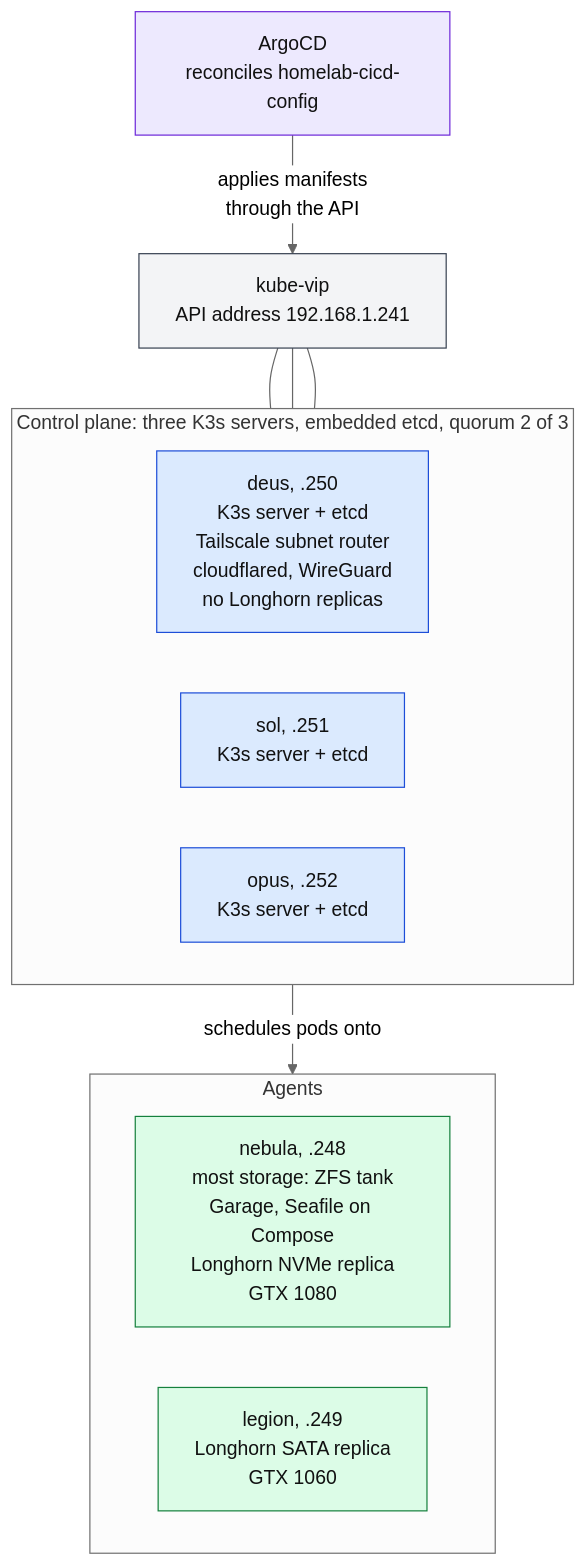
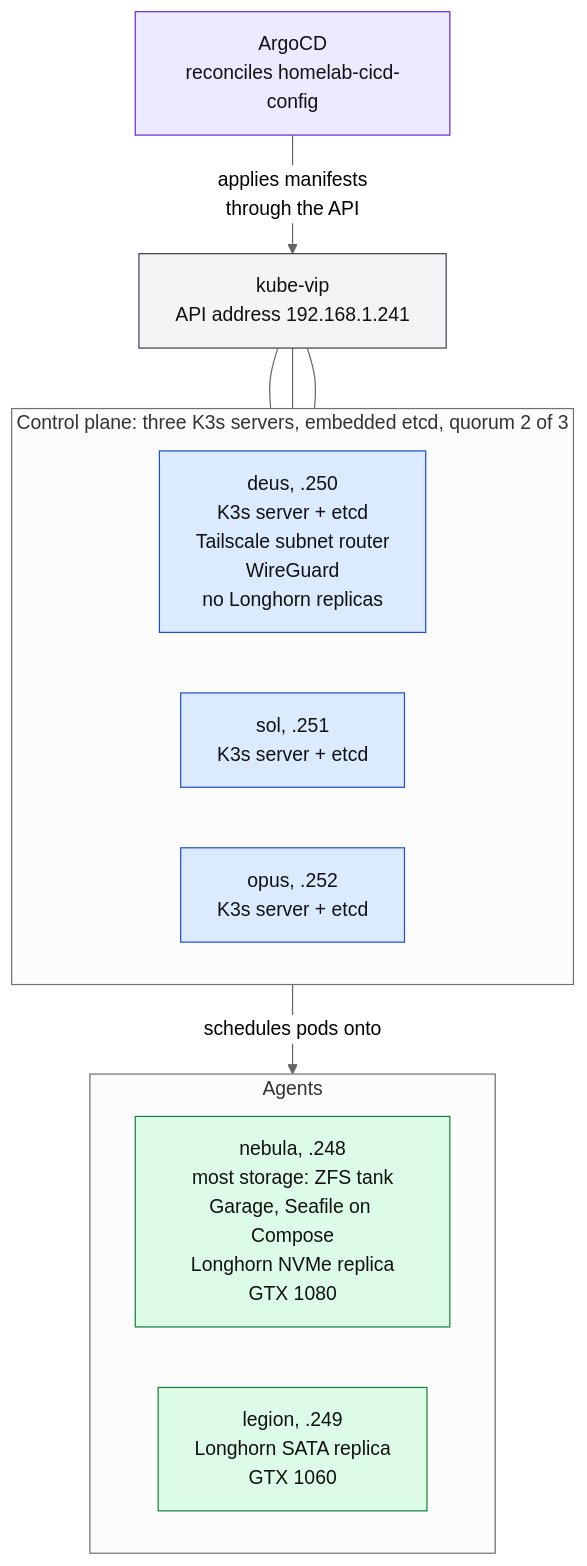
The second of 5 diagrams in docs/system-architecture/home-cluster.md (home-compute-cluster/docs), drawn with Mermaid (neutral theme) before and after one commit. The commit also changed other lines of this file and 1 other file, not shown here.

First line of the commit message:
Move cloudflared into the K3s deployment

````diff
--- a/docs/system-architecture/home-cluster.md
+++ b/docs/system-architecture/home-cluster.md
@@ -143,35 +147,35 @@
 ```mermaid
 flowchart TB
     subgraph cp["Control plane: three K3s servers, embedded etcd, quorum 2 of 3"]
         direction LR
-        deus["deus, .250<br/>K3s server + etcd<br/>Tailscale subnet router<br/>cloudflared, WireGuard<br/>no Longhorn replicas"]
+        deus["deus, .250<br/>K3s server + etcd<br/>Tailscale subnet router<br/>WireGuard<br/>no Longhorn replicas"]
         sol["sol, .251<br/>K3s server + etcd"]
         opus["opus, .252<br/>K3s server + etcd"]
     end
 
     vip["kube-vip<br/>API address 192.168.1.241"]
 
     subgraph agents["Agents"]
         direction LR
         nebula["nebula, .248<br/>most storage: ZFS tank<br/>Garage, Seafile on Compose<br/>Longhorn NVMe replica<br/>GTX 1080"]
         legion["legion, .249<br/>Longhorn SATA replica<br/>GTX 1060"]
     end
 
     argo["ArgoCD<br/>reconciles homelab-cicd-config"]
 
     vip --- deus
     vip --- sol
     vip --- opus
     argo -->|"applies manifests<br/>through the API"| vip
     cp -->|"schedules pods onto"| agents
 
     classDef control fill:#dbeafe,stroke:#1d4ed8,color:#111
     classDef worker fill:#dcfce7,stroke:#15803d,color:#111
     classDef git fill:#ede9fe,stroke:#6d28d9,color:#111
     classDef vipc fill:#f3f4f6,stroke:#374151,color:#111
 
     class deus,sol,opus control
     class nebula,legion worker
     class argo git
     class vip vipc
 ```
````
